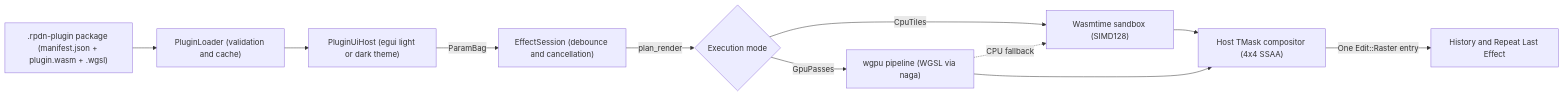
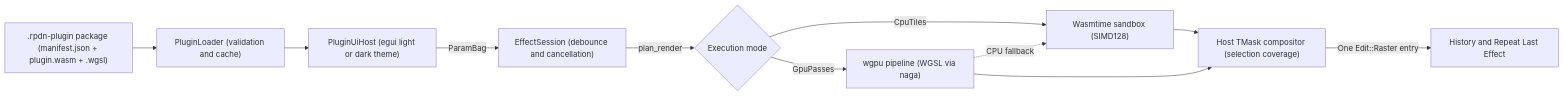
The diagram in docs/arquitetura-plugins.md (pateixei/openpaintr), drawn with Mermaid before and after one commit. The commit also changed other lines of this file and 6 other files, not shown here.

Commit message:
Record the architecture improvement plan and owner decisions

````diff
--- a/docs/arquitetura-plugins.md
+++ b/docs/arquitetura-plugins.md
@@ -20,13 +20,13 @@
 ```mermaid
 flowchart LR
     PKG[".rpdn-plugin package (manifest.json + plugin.wasm + .wgsl)"] --> LOADER["PluginLoader (validation and cache)"]
     LOADER --> UIHOST["PluginUiHost (egui light or dark theme)"]
     UIHOST -->|"ParamBag"| SESSION["EffectSession (debounce and cancellation)"]
     SESSION -->|"plan_render"| PLAN{"Execution mode"}
     PLAN -->|"CpuTiles"| WASM["Wasmtime sandbox (SIMD128)"]
     PLAN -->|"GpuPasses"| WGPU["wgpu pipeline (WGSL via naga)"]
     WGPU -.->|"CPU fallback"| WASM
-    WASM --> COMP["Host TMask compositor (4x4 SSAA)"]
+    WASM --> COMP["Host TMask compositor (selection coverage)"]
     WGPU --> COMP
     COMP -->|"One Edit::Raster entry"| HIST["History and Repeat Last Effect"]
 ```
````
